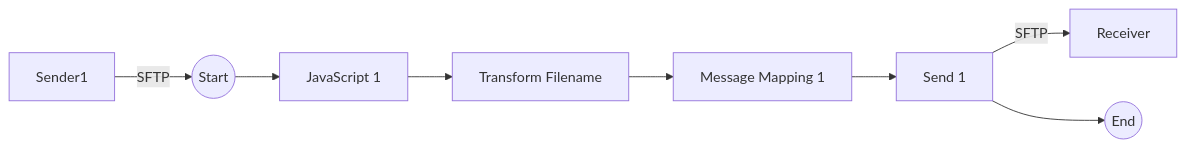
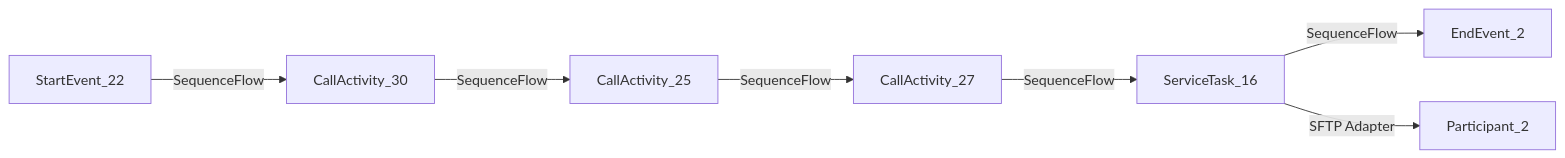
One commit to Avvale-IA-CICD/AvvaleCPI changed the second of 2 diagrams in REPSOL - SFTP IFLOWS/Connectivity_test_UK2_SFTP_copy/1.0.1/readme.md. Above: the diagram before and after it, drawn with Mermaid. The commit also changed other lines of this file, not shown here.

Commit message:
docs: Add/update version README for REPSOL - SFTP IFLOWS/Connectivity_test_UK2_SFTP_copy/1.0.1

````diff
--- a/REPSOL - SFTP IFLOWS/Connectivity_test_UK2_SFTP_copy/1.0.1/readme.md
+++ b/REPSOL - SFTP IFLOWS/Connectivity_test_UK2_SFTP_copy/1.0.1/readme.md
@@ -4,10 +9,9 @@
 ```mermaid
 graph LR
-    Participant_21[Sender1] -- SFTP --> StartEvent_22((Start))
-    StartEvent_22((Start)) --> CallActivity_30[JavaScript 1]
-    CallActivity_30[JavaScript 1] --> CallActivity_25["Transform Filename"]
-    CallActivity_25["Transform Filename"] --> CallActivity_27["Message Mapping 1"]
-    CallActivity_27["Message Mapping 1"] --> ServiceTask_16[Send 1]
-    ServiceTask_16[Send 1] -- SFTP --> Participant_2[Receiver]
-    ServiceTask_16[Send 1] --> EndEvent_2((End))
+    StartEvent_22 -- SequenceFlow --> CallActivity_30
+    CallActivity_30 -- SequenceFlow --> CallActivity_25
+    CallActivity_25 -- SequenceFlow --> CallActivity_27
+    CallActivity_27 -- SequenceFlow --> ServiceTask_16
+    ServiceTask_16 -- SequenceFlow --> EndEvent_2
+    ServiceTask_16 -- SFTP Adapter --> Participant_2
 ```
````
